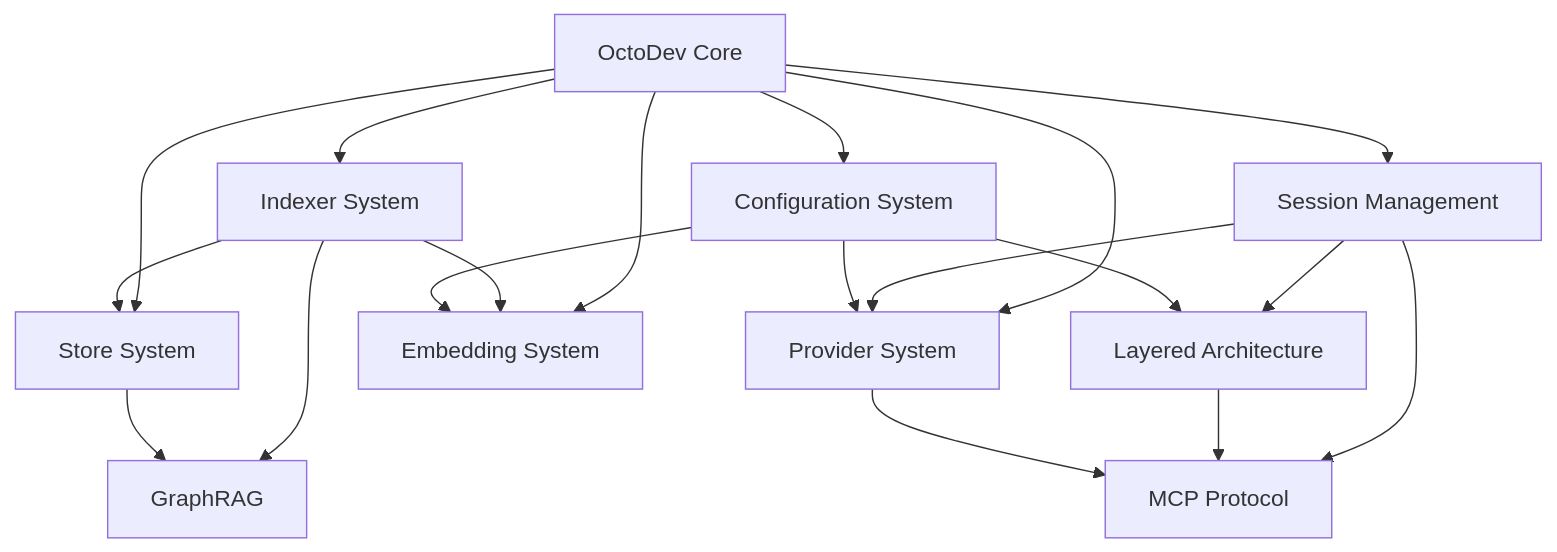
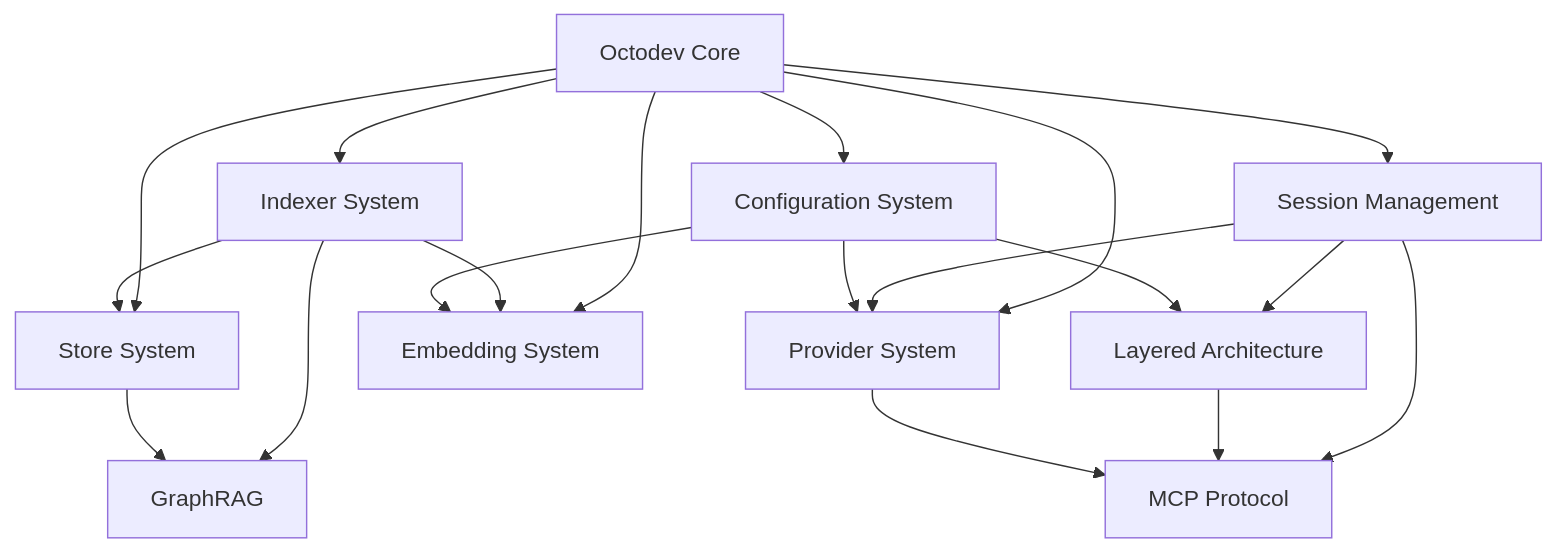
One commit to Muvon/octomind changed the diagram in doc/01-overview.md. Above: the diagram before and after it, drawn with Mermaid. The commit also changed other lines of this file and 13 other files, not shown here.

Commit message:
Replace OctoDev to Octodev

````diff
--- a/doc/01-overview.md
+++ b/doc/01-overview.md
@@ -13,22 +13,22 @@
 ```mermaid
 graph TB
-    A[OctoDev Core] --> B[Configuration System]
+    A[Octodev Core] --> B[Configuration System]
     A --> C[Store System] 
     A --> D[Indexer System]
     A --> E[Session Management]
     A --> F[Provider System]
     A --> G[Embedding System]
     
     E --> F
     E --> H[Layered Architecture]
     E --> I[MCP Protocol]
     D --> G
     D --> J[GraphRAG]
     D --> C
     C --> J
     B --> F
     B --> H
     B --> G
     H --> I
     F --> I
 ```
````
